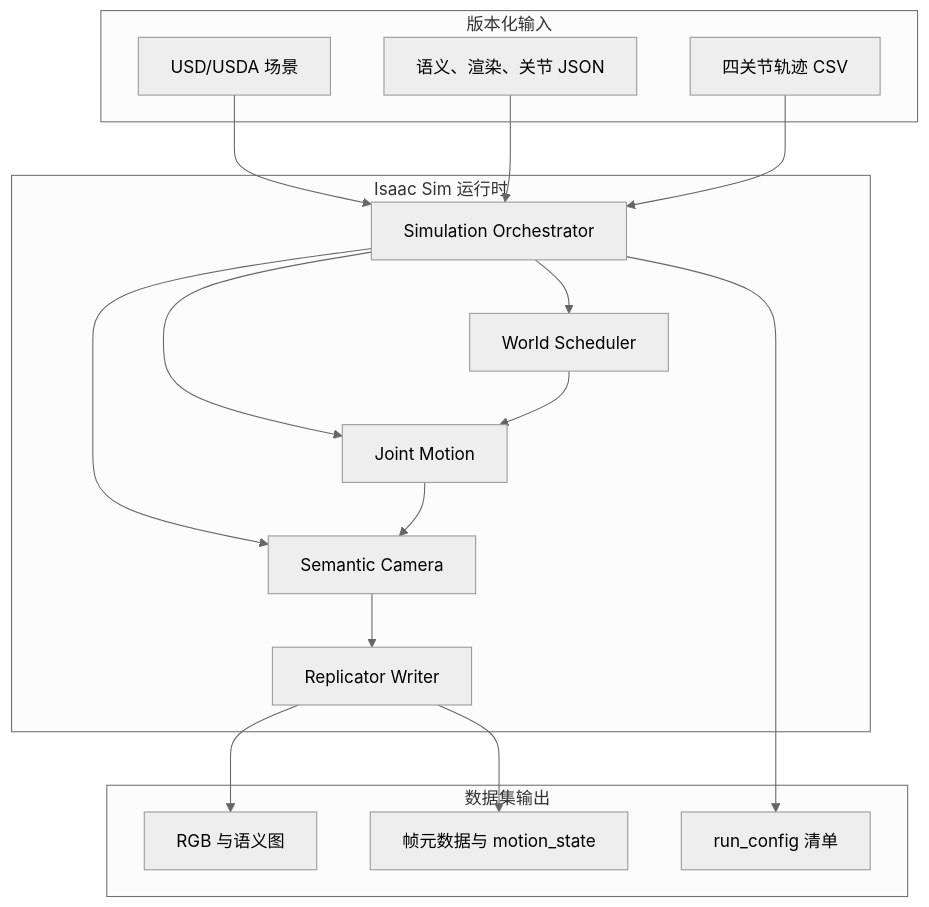
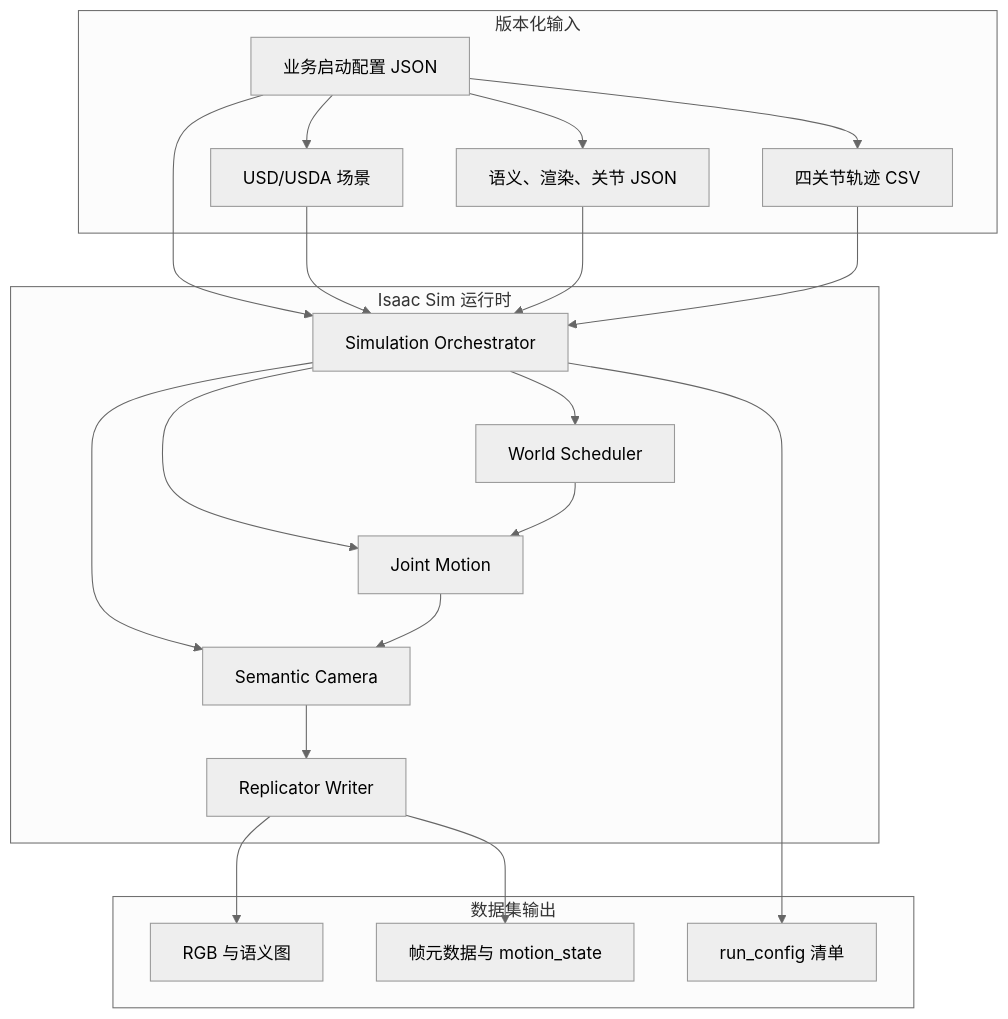
One commit to rtdelta/IsaacSim_Semantic changed the first of 3 diagrams in scripts/260714_01semantic_worldModule/docs/tutorial2/02_架构与完整运行流程.md. Above: the diagram before and after it, drawn with Mermaid (neutral theme). The commit also changed other lines of this file and 27 other files, not shown here.

````diff
--- a/scripts/260714_01semantic_worldModule/docs/tutorial2/02_架构与完整运行流程.md
+++ b/scripts/260714_01semantic_worldModule/docs/tutorial2/02_架构与完整运行流程.md
@@ -7,35 +7,40 @@
 ```mermaid
 flowchart TB
     subgraph Inputs["版本化输入"]
+        RUN["业务启动配置 JSON"]
         USD["USD/USDA 场景"]
         CFG["语义、渲染、关节 JSON"]
         CSV["四关节轨迹 CSV"]
     end
 
     subgraph Runtime["Isaac Sim 运行时"]
         O["Simulation Orchestrator"]
         W["World Scheduler"]
         M["Joint Motion"]
         C["Semantic Camera"]
         R["Replicator Writer"]
     end
 
     subgraph Outputs["数据集输出"]
         IMG["RGB 与语义图"]
         META["帧元数据与 motion_state"]
         MAN["run_config 清单"]
     end
 
+    RUN --> O
+    RUN --> USD
+    RUN --> CFG
+    RUN --> CSV
     USD --> O
     CFG --> O
     CSV --> O
     O --> W
     O --> M
     O --> C
     W --> M
     M --> C
     C --> R
     R --> IMG
     R --> META
     O --> MAN
 ```
````
